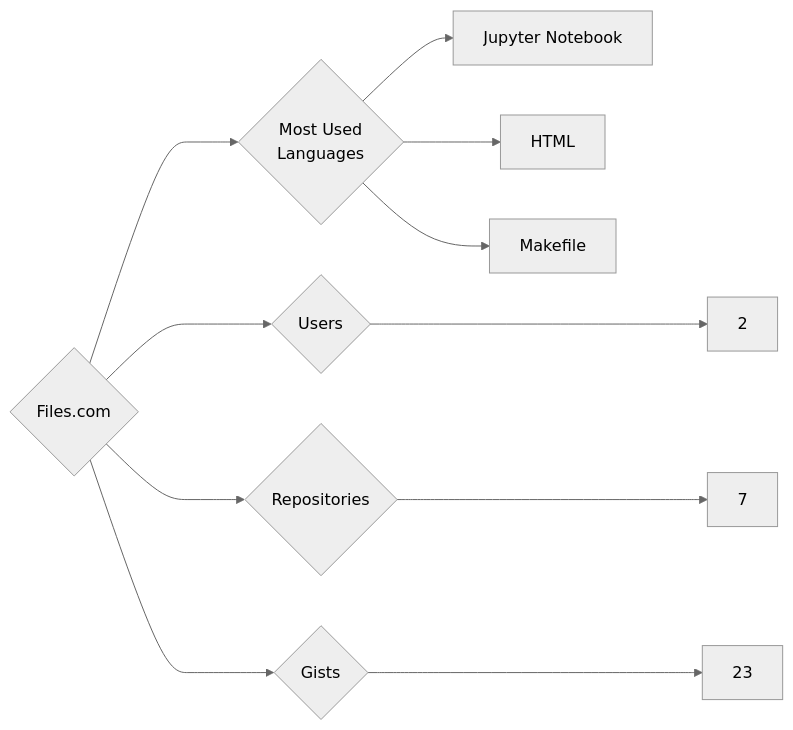
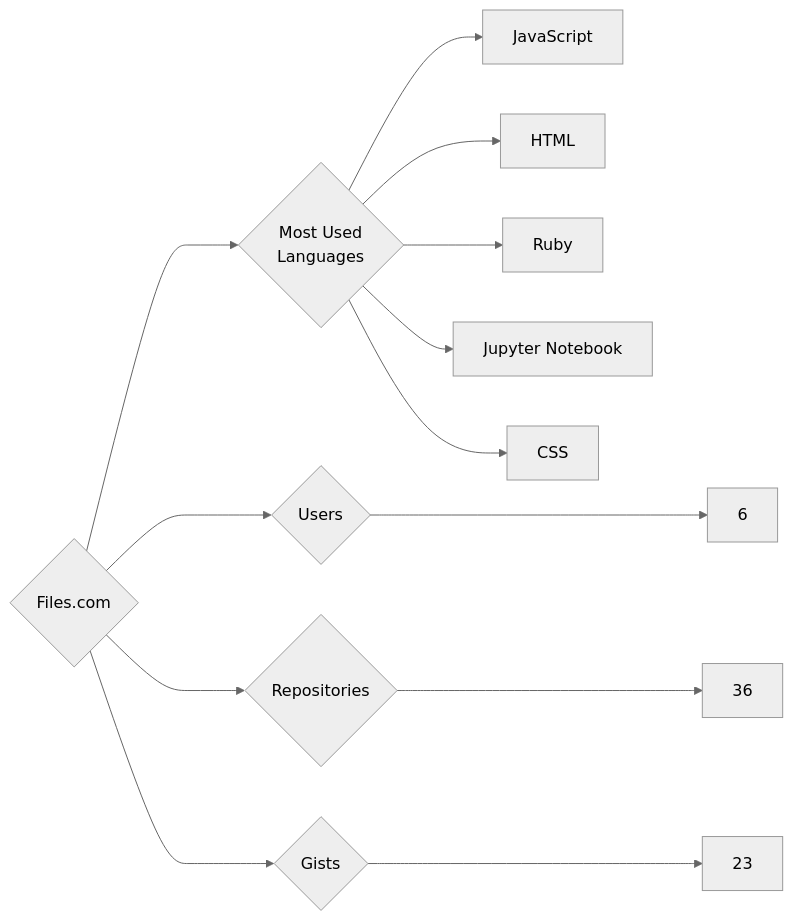
The diagram in targets/Files.com/README.md (trickest/insiders), drawn with Mermaid (neutral theme) before and after one commit. The commit also changed 1175 other files, not shown here.

````diff
--- a/targets/Files.com/README.md
+++ b/targets/Files.com/README.md
@@ -3,11 +3,13 @@
 ```mermaid
 graph LR
 COMPANY_NAME{Files.com}
-COMPANY_NAME ---> U{Users} ---> UN[2]
-COMPANY_NAME ---> R{Repositories} ---> RN[7]
+COMPANY_NAME ---> U{Users} ---> UN[6]
+COMPANY_NAME ---> R{Repositories} ---> RN[36]
 COMPANY_NAME ---> G{Gists} ---> GN[23]
 COMPANY_NAME ---> ML{Most Used<br>Languages}
+ML --> JavaScript[JavaScript]
+ML --> HTML[HTML]
+ML --> Ruby[Ruby]
 ML --> Jupyter_Notebook[Jupyter Notebook]
-ML --> HTML[HTML]
-ML --> Makefile[Makefile]
+ML --> CSS[CSS]
 ```
````
